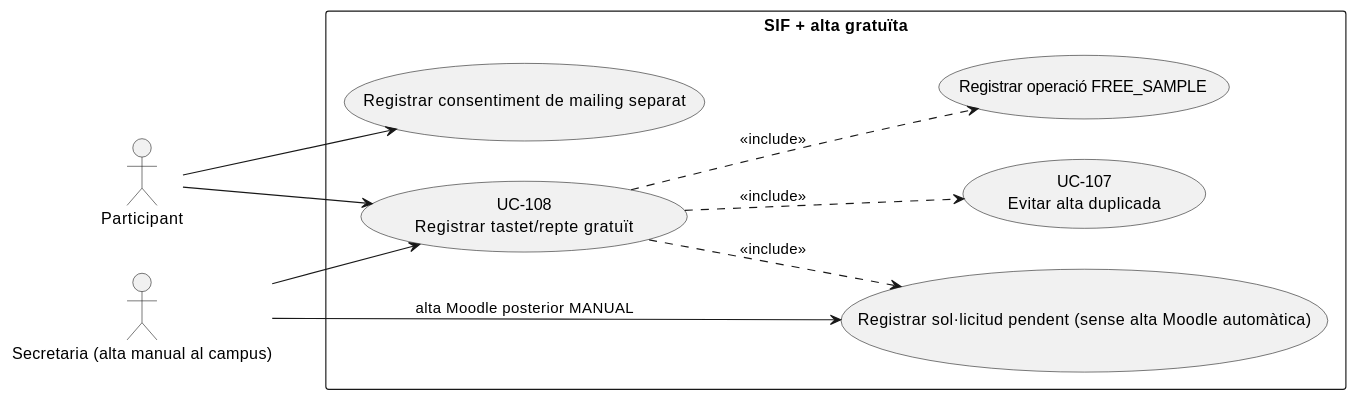
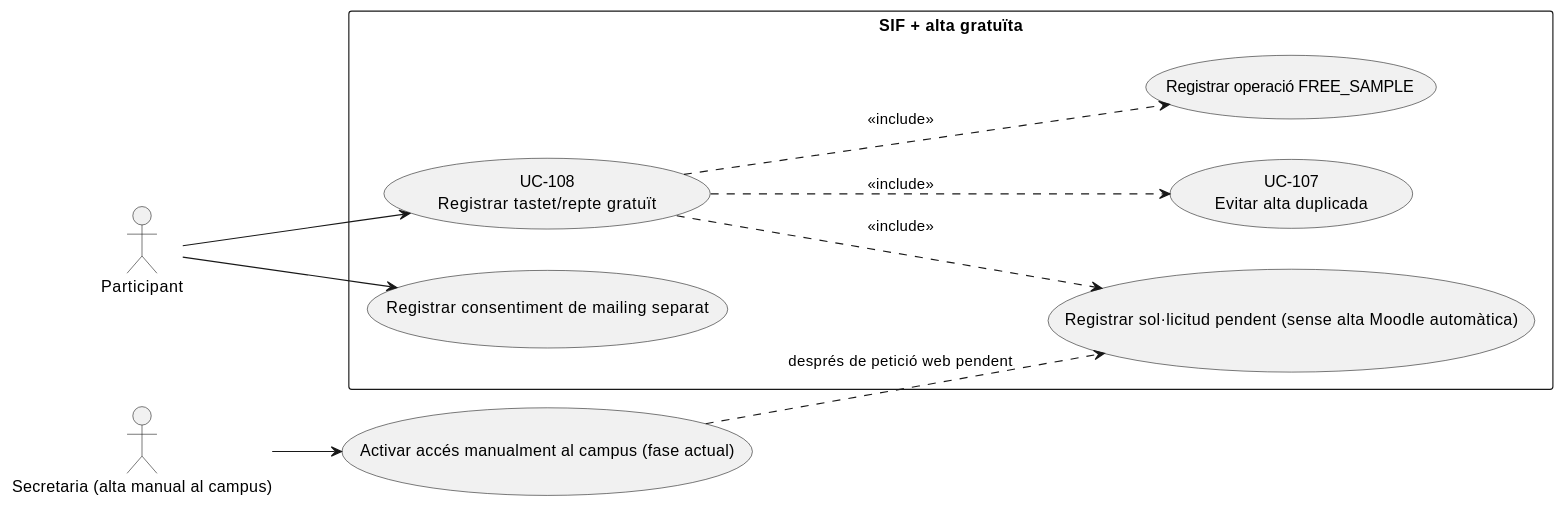
Before and after one commit to orgmeriemprismacat-del/verifactu: the first of 3 diagrams in documentacio/07-uml-integrat/uc-108-tastet-repte-gratuit.md, drawn with PlantUML. The commit also changed other lines of this file, not shown here.

Commit message:
docs(uml): correct manual-secretariat activity and sequence, separate future Moodle automation

````diff
--- a/documentacio/07-uml-integrat/uc-108-tastet-repte-gratuit.md
+++ b/documentacio/07-uml-integrat/uc-108-tastet-repte-gratuit.md
@@ -72,21 +72,22 @@
 ```plantuml
 @startuml
 left to right direction
 actor "Participant" as P
 actor "Secretaria (alta manual al campus)" as G
+usecase "Activar accés manualment al campus (fase actual)" as Manual
 rectangle "SIF + alta gratuïta" {
  usecase "UC-108\nRegistrar tastet/repte gratuït" as Main
  usecase "UC-107\nEvitar alta duplicada" as Dup
  usecase "Registrar operació FREE_SAMPLE" as Op
  usecase "Registrar sol·licitud pendent (sense alta Moodle automàtica)" as Access
  usecase "Registrar consentiment de mailing separat" as Mail
 }
 P --> Main
-G --> Main
+G --> Manual
 Main ..> Dup : <<include>>
 Main ..> Op : <<include>>
 Main ..> Access : <<include>>
-G --> Access : alta Moodle posterior MANUAL
+Manual ..> Access : després de petició web pendent
 P --> Mail
 @enduml
 ```
````
